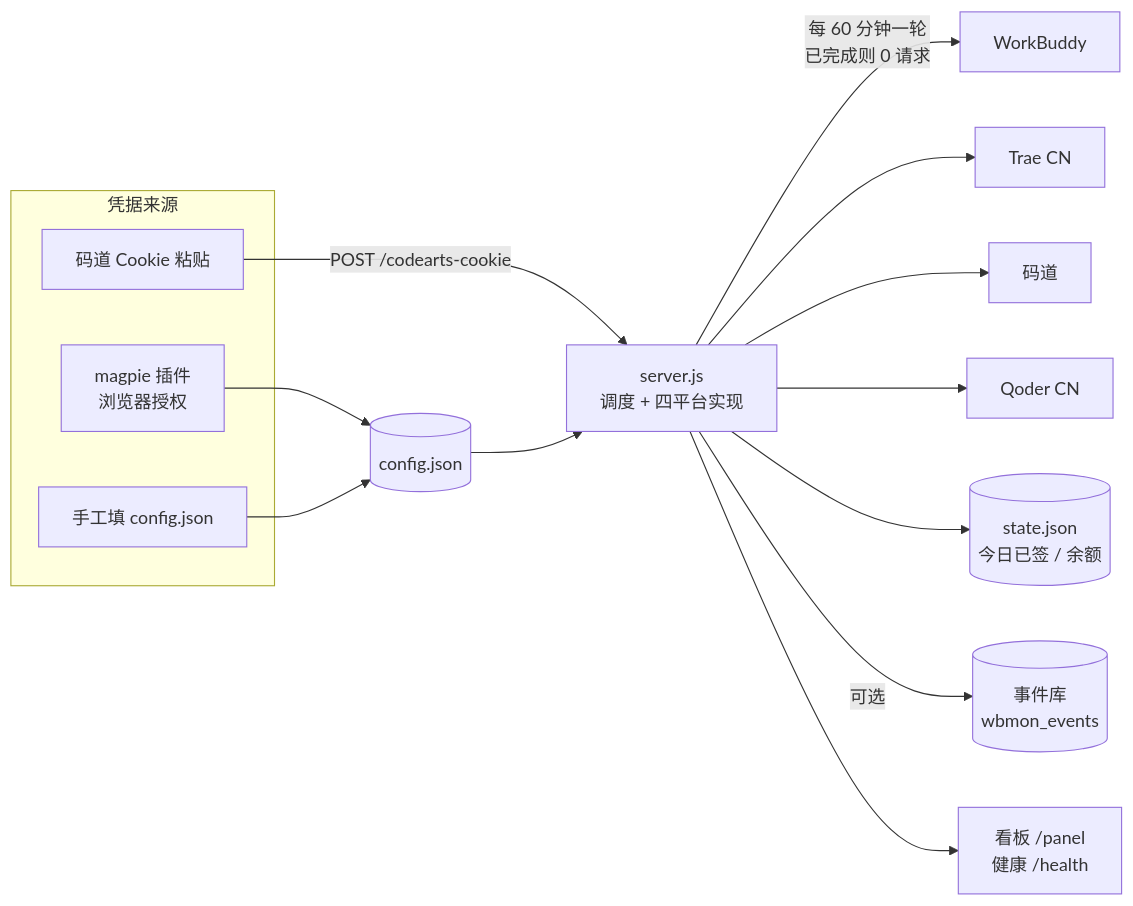
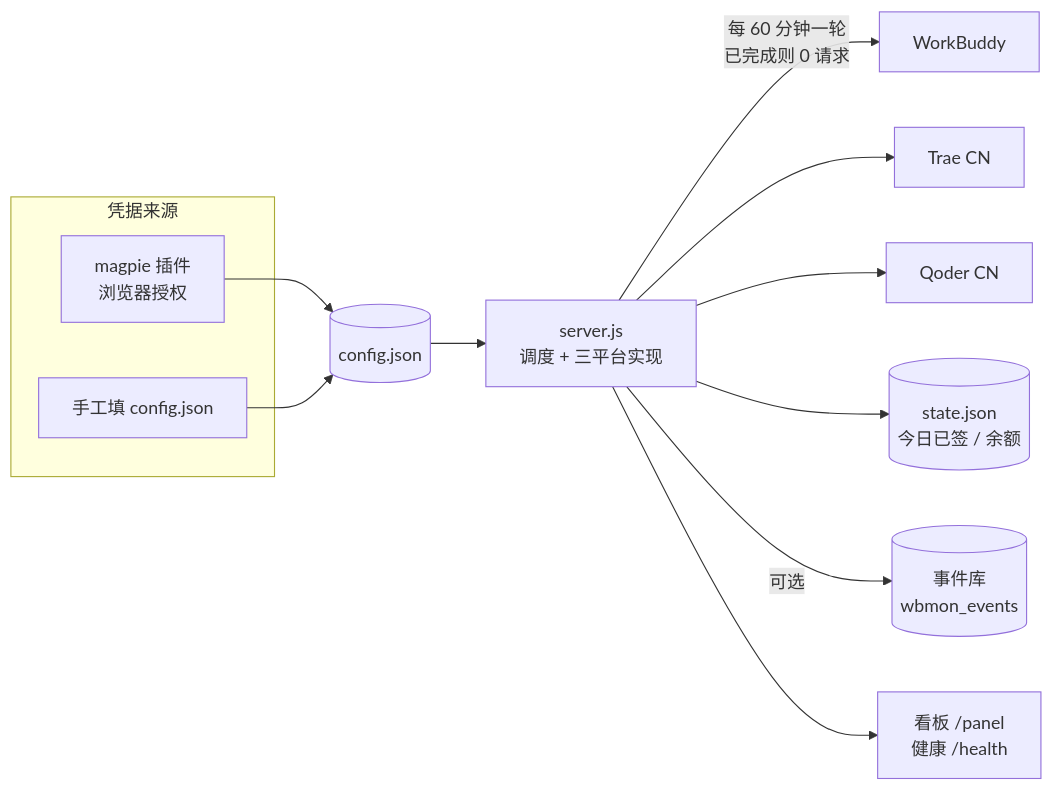
The diagram in README.md (jlp111/cloud-signin-kit), drawn with Mermaid before and after one commit. The commit also changed other lines of this file and 20 other files, not shown here.

````diff
--- a/README.md
+++ b/README.md
@@ -94,20 +92,17 @@
 ```mermaid
 flowchart LR
   subgraph 凭据来源
     A1[magpie 插件<br/>浏览器授权]
     A2[手工填 config.json]
-    A3[码道 Cookie 粘贴]
   end
   A1 --> C[(config.json)]
   A2 --> C
-  A3 -->|POST /codearts-cookie| S
 
-  C --> S[server.js<br/>调度 + 四平台实现]
+  C --> S[server.js<br/>调度 + 三平台实现]
   S -->|每 60 分钟一轮<br/>已完成则 0 请求| P1[WorkBuddy]
   S --> P2[Trae CN]
-  S --> P3[码道]
   S --> P4[Qoder CN]
   S --> D[(state.json<br/>今日已签 / 余额)]
   S -->|可选| DB[(事件库<br/>wbmon_events)]
   S --> UI[看板 /panel<br/>健康 /health]
 ```
````
